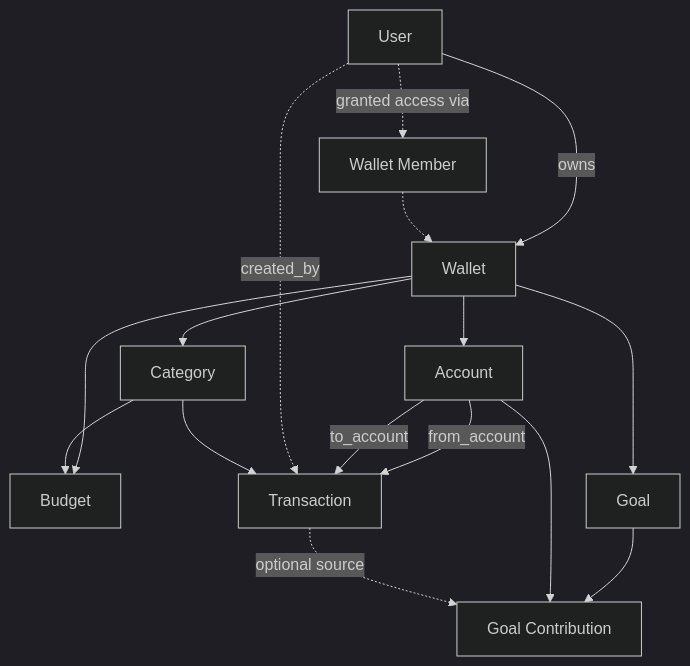
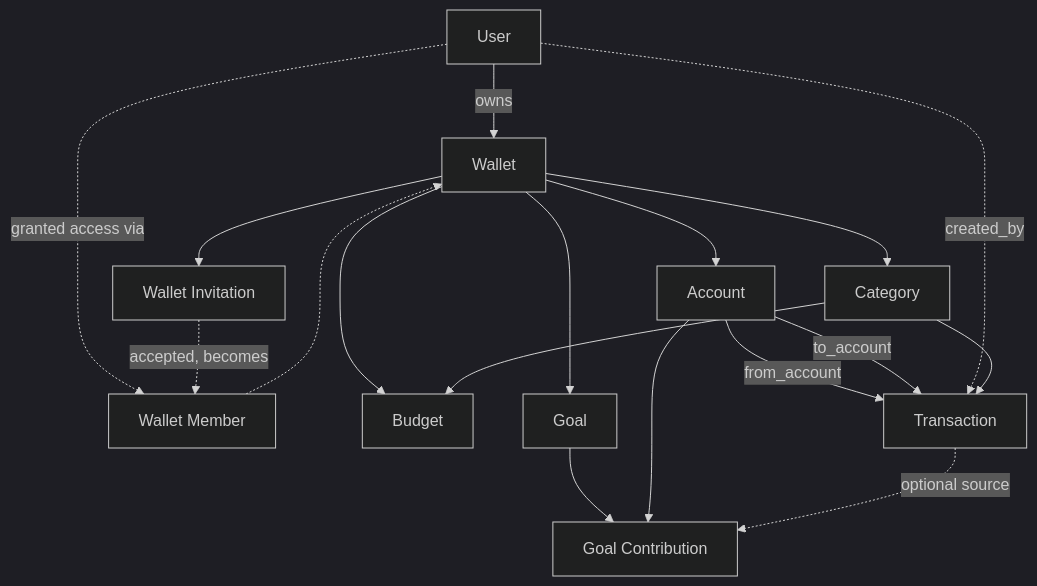
The first of 3 diagrams in finance_tracker_domain_database_design.md (ellie2222222/Sora), drawn with Mermaid (dark theme) before and after one commit. The commit also changed other lines of this file and 264 other files, not shown here.

````diff
--- a/finance_tracker_domain_database_design.md
+++ b/finance_tracker_domain_database_design.md
@@ -25,19 +29,21 @@
 ```mermaid
 flowchart TB
     U[User]
     U -->|owns| W[Wallet]
     U -.->|granted access via| WM[Wallet Member]
     WM -.-> W
+    W --> WI[Wallet Invitation]
+    WI -.->|accepted, becomes| WM
     W --> A[Account]
     W --> C[Category]
     W --> B[Budget]
     W --> G[Goal]
     A -->|from_account| T[Transaction]
     A -->|to_account| T
     U -.->|created_by| T
     C --> T
     C --> B
     G --> GC[Goal Contribution]
     A --> GC
     T -. optional source .-> GC
 ```
````
